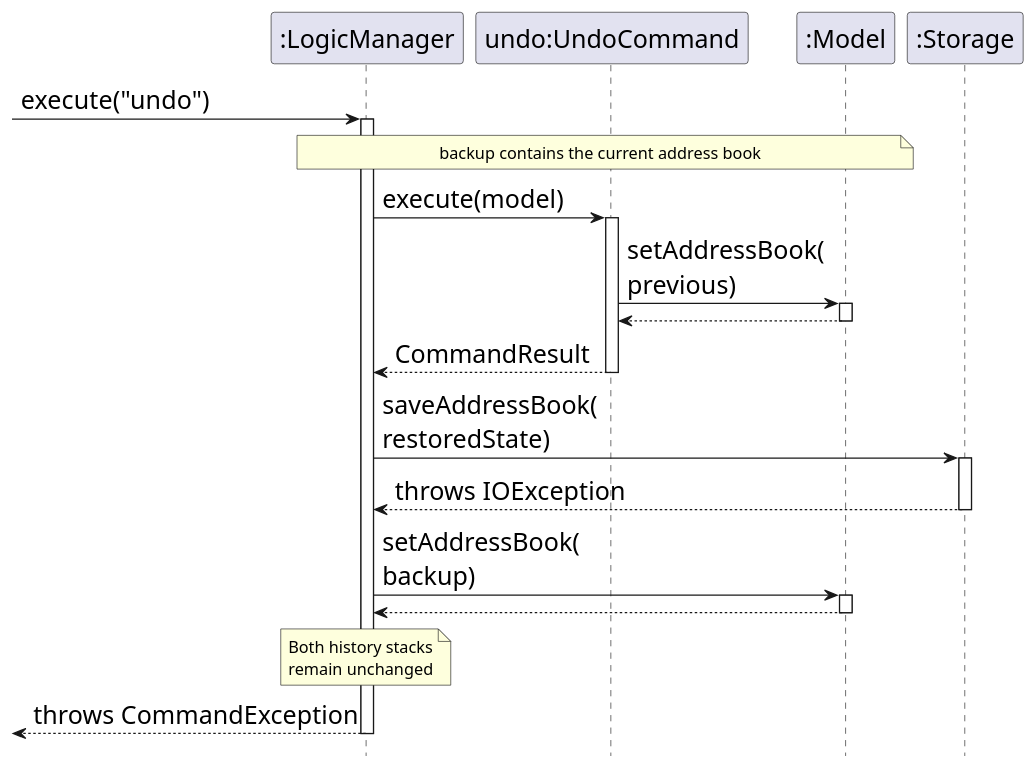
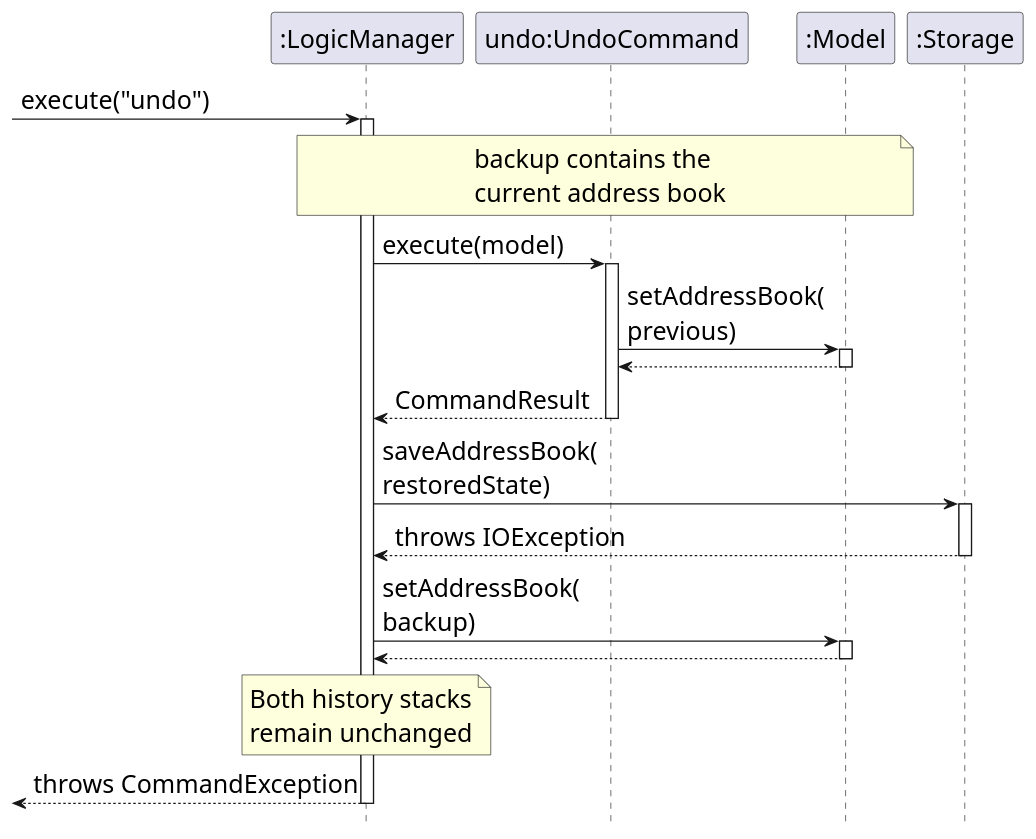
Before and after one commit to AY2627S1-CS2103T-T14-1/tp: the diagram in docs/diagrams/UndoSequenceDiagram-Model.puml, drawn with PlantUML. The commit also changed 1 other file, not shown here.

Commit message:
Correct UI test cleanup and enlarge undo failure diagram notes

```diff
--- a/docs/diagrams/UndoSequenceDiagram-Model.puml
+++ b/docs/diagrams/UndoSequenceDiagram-Model.puml
@@ -1,33 +1,34 @@
 @startuml
 skinparam ArrowFontSize 20
+skinparam NoteFontSize 20
 skinparam ParticipantFontSize 20
 skinparam Shadowing false
 hide footbox
 participant ":LogicManager" as logic
 participant "undo:UndoCommand" as command
 participant ":Model" as model
 participant ":Storage" as storage
 
 [-> logic : execute("undo")
 activate logic
-note over logic, model : backup contains the current address book
+note over logic, model : backup contains the\ncurrent address book
 logic -> command : execute(model)
 activate command
 command -> model : setAddressBook(\nprevious)
 activate model
 model --> command
 deactivate model
 command --> logic : CommandResult
 deactivate command
 logic -> storage : saveAddressBook(\nrestoredState)
 activate storage
 storage --> logic : throws IOException
 deactivate storage
 logic -> model : setAddressBook(\nbackup)
 activate model
 model --> logic
 deactivate model
 note over logic : Both history stacks\nremain unchanged
 [<-- logic : throws CommandException
 deactivate logic
 @enduml
```
